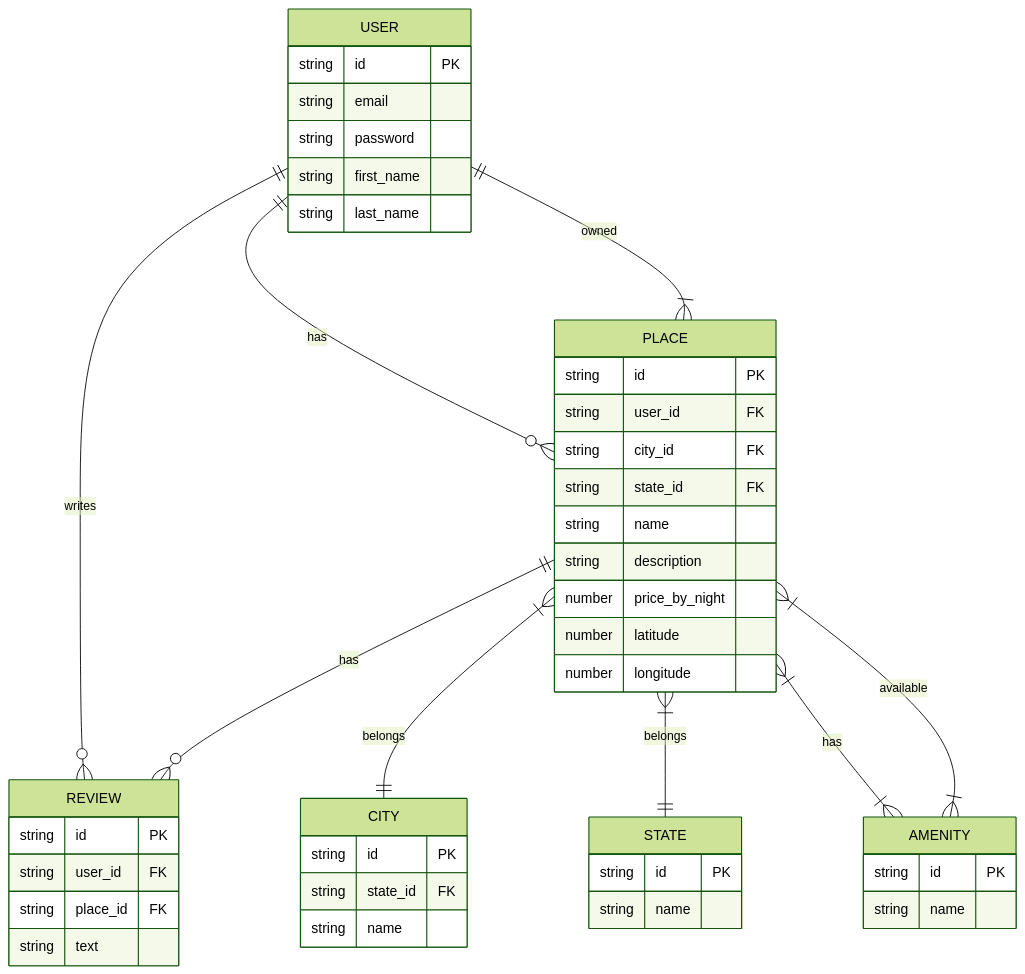
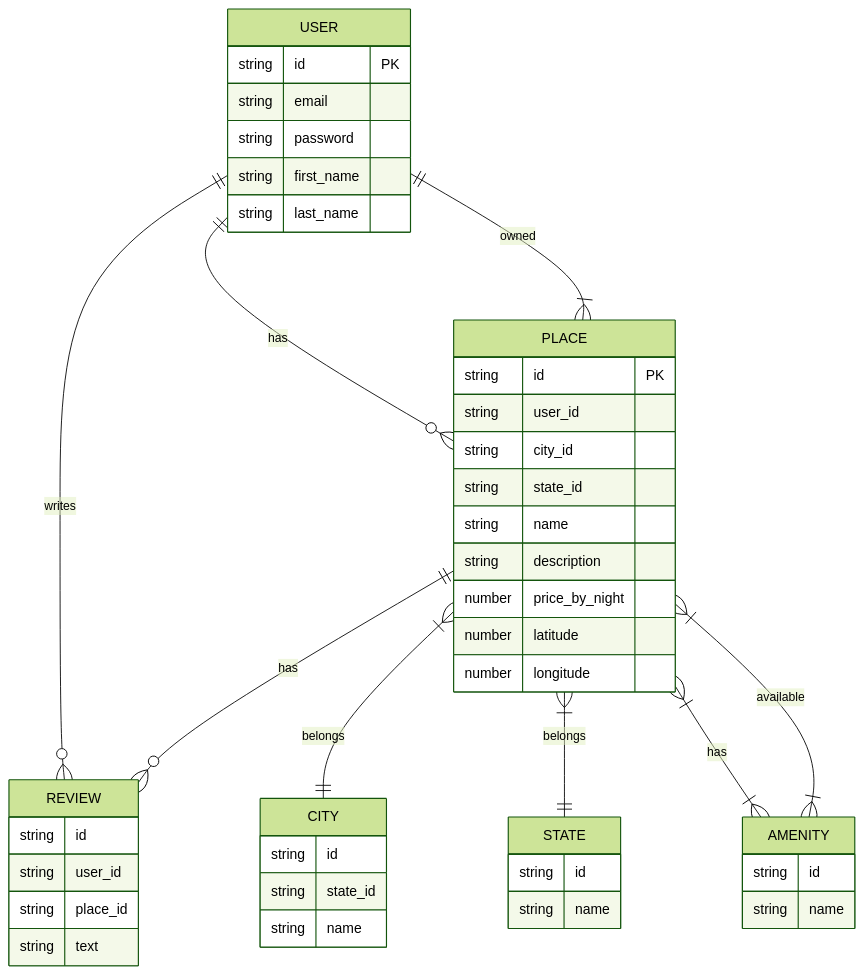
The diagram in part3/ERDIAGRAMS.md (smessaoui31/holbertonschool-hbnb), drawn with Mermaid (forest theme) before and after one commit.

Commit message:
Update diagrams

````diff
--- a/part3/ERDIAGRAMS.md
+++ b/part3/ERDIAGRAMS.md
@@ -1,55 +1,55 @@
 ```mermaid
 erDiagram
     USER ||--o{ PLACE : "has"
     USER ||--o{ REVIEW : "writes"
     PLACE ||--o{ REVIEW : "has"
     PLACE }|--|| CITY : "belongs"
     PLACE }|--|| STATE : "belongs"
     PLACE }|--|| USER : "owned"
     PLACE }|--|{ AMENITY : "has"
     AMENITY }|--|{ PLACE : "available"
 
     USER {
         string id PK
         string email
         string password
         string first_name
         string last_name
     }
 
     PLACE {
         string id PK
-        string user_id FK
-        string city_id FK
-        string state_id FK
+        string user_id
+        string city_id
+        string state_id
         string name
         string description
         number price_by_night
         number latitude
         number longitude
     }
 
     REVIEW {
-        string id PK
-        string user_id FK
-        string place_id FK
+        string id
+        string user_id
+        string place_id
         string text
     }
 
     CITY {
-        string id PK
-        string state_id FK
+        string id
+        string state_id
         string name
     }
 
     STATE {
-        string id PK
+        string id
         string name
     }
 
     AMENITY {
-        string id PK
+        string id
         string name
     }
     
 ```
````
